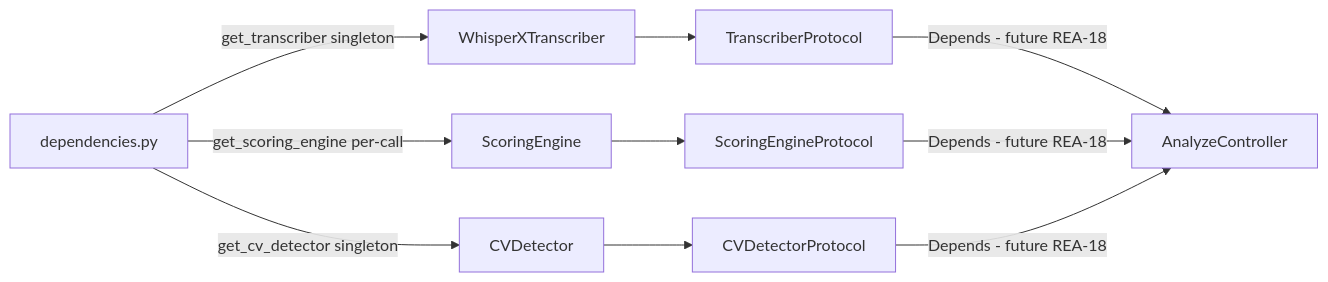
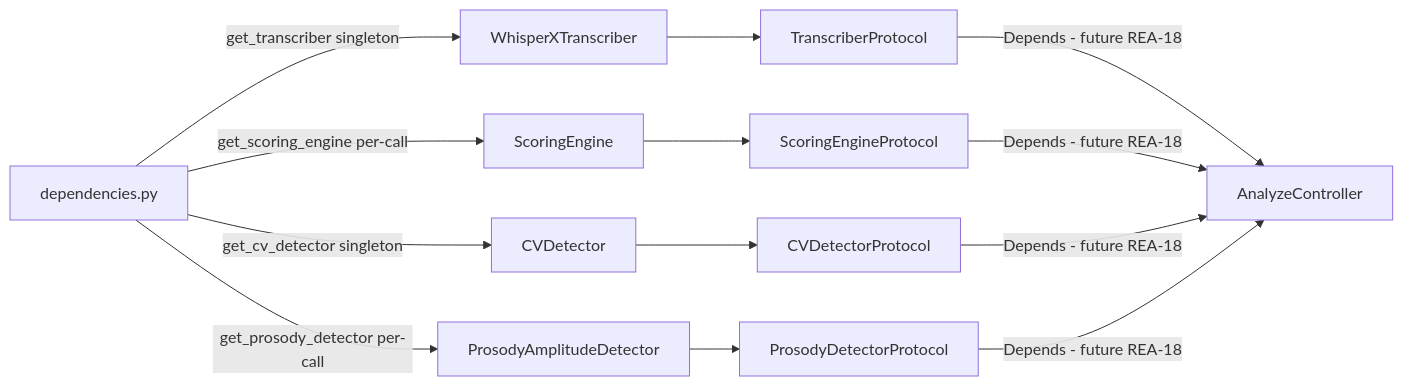
Before and after one commit to ChristianNemeno/SE-Module-02: the diagram in docs/uml/component/dependency-graph.md, drawn with Mermaid. The commit also changed 5 other files, not shown here.

Commit message:
feat: add ProsodyAmplitudeDetector and related components for audio prosody analysis

````diff
--- a/docs/uml/component/dependency-graph.md
+++ b/docs/uml/component/dependency-graph.md
@@ -3,16 +3,19 @@
 ```mermaid
 flowchart LR
     deps[dependencies.py]
 
     deps -->|get_transcriber singleton| T[WhisperXTranscriber]
     deps -->|get_scoring_engine per-call| S[ScoringEngine]
     deps -->|get_cv_detector singleton| CV[CVDetector]
+    deps -->|get_prosody_detector per-call| PA[ProsodyAmplitudeDetector]
 
     T --> Proto1[TranscriberProtocol]
     S --> Proto2[ScoringEngineProtocol]
     CV --> Proto3[CVDetectorProtocol]
+    PA --> Proto4[ProsodyDetectorProtocol]
 
     Proto1 -->|Depends - future REA-18| Ctrl[AnalyzeController]
     Proto2 -->|Depends - future REA-18| Ctrl
     Proto3 -->|Depends - future REA-18| Ctrl
+    Proto4 -->|Depends - future REA-18| Ctrl
 ```
````
